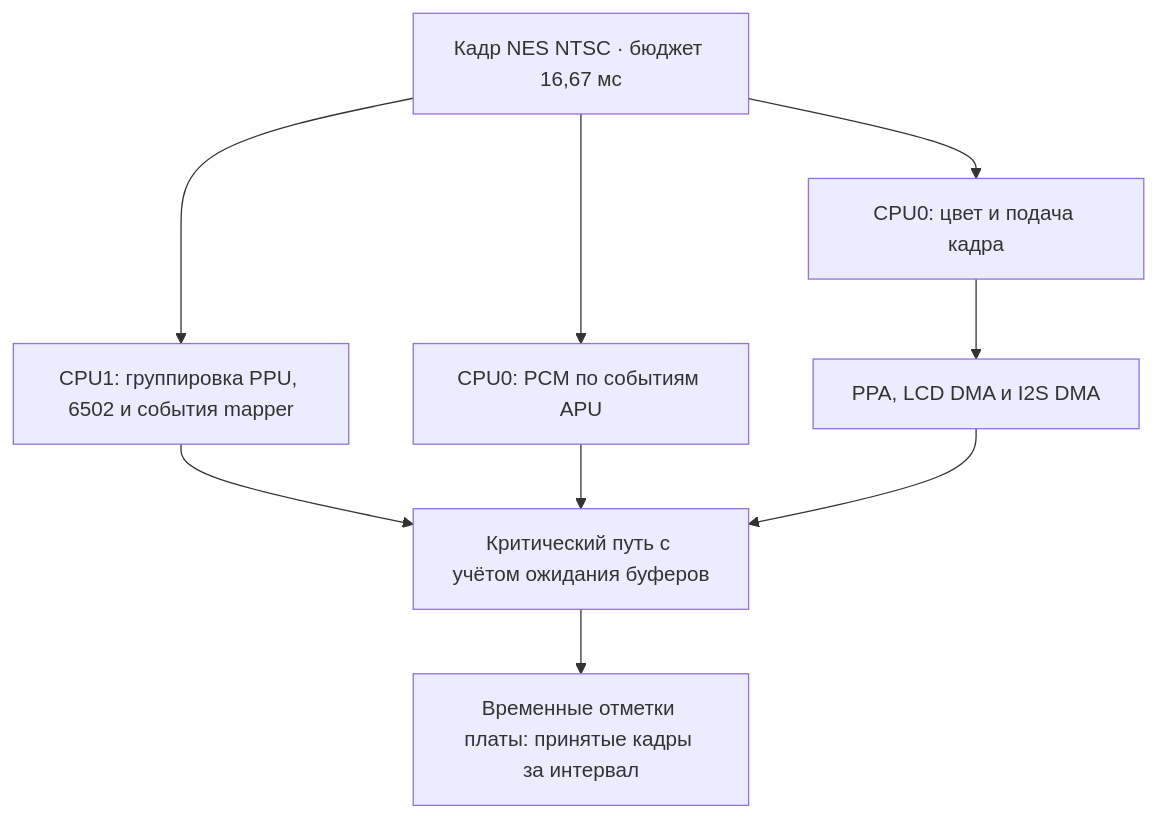
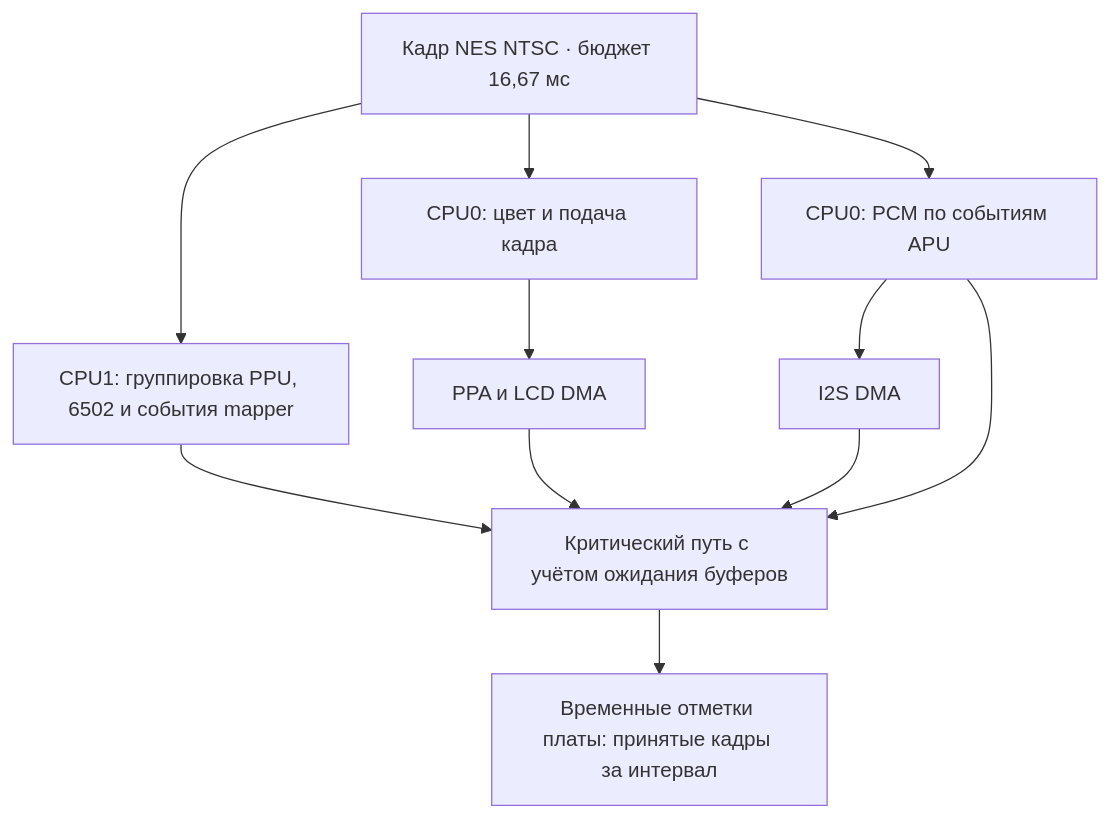
One commit to KirPoz/bitvyr changed the third of 3 diagrams in bitvyr_nes_p4/betta/docs/02-architecture.md. Above: the diagram before and after it, drawn with Mermaid. The commit also changed other lines of this file and 63 other files, not shown here.

````diff
--- a/bitvyr_nes_p4/betta/docs/02-architecture.md
+++ b/bitvyr_nes_p4/betta/docs/02-architecture.md
@@ -62,12 +62,14 @@
 ```mermaid
 flowchart TD
     TARGET["Кадр NES NTSC · бюджет 16,67 мс"]
     TARGET --> CORE["CPU1: группировка PPU, 6502 и события mapper"]
     TARGET --> MAIN["CPU0: цвет и подача кадра"]
     TARGET --> AUDIO["CPU0: PCM по событиям APU"]
-    MAIN --> DMA["PPA, LCD DMA и I2S DMA"]
+    MAIN --> DMA["PPA и LCD DMA"]
+    AUDIO --> I2S["I2S DMA"]
+    I2S --> CRIT
     CORE --> CRIT["Критический путь с учётом ожидания буферов"]
     AUDIO --> CRIT
     DMA --> CRIT
     CRIT --> FPS["Временные отметки платы: принятые кадры за интервал"]
 ```
````
